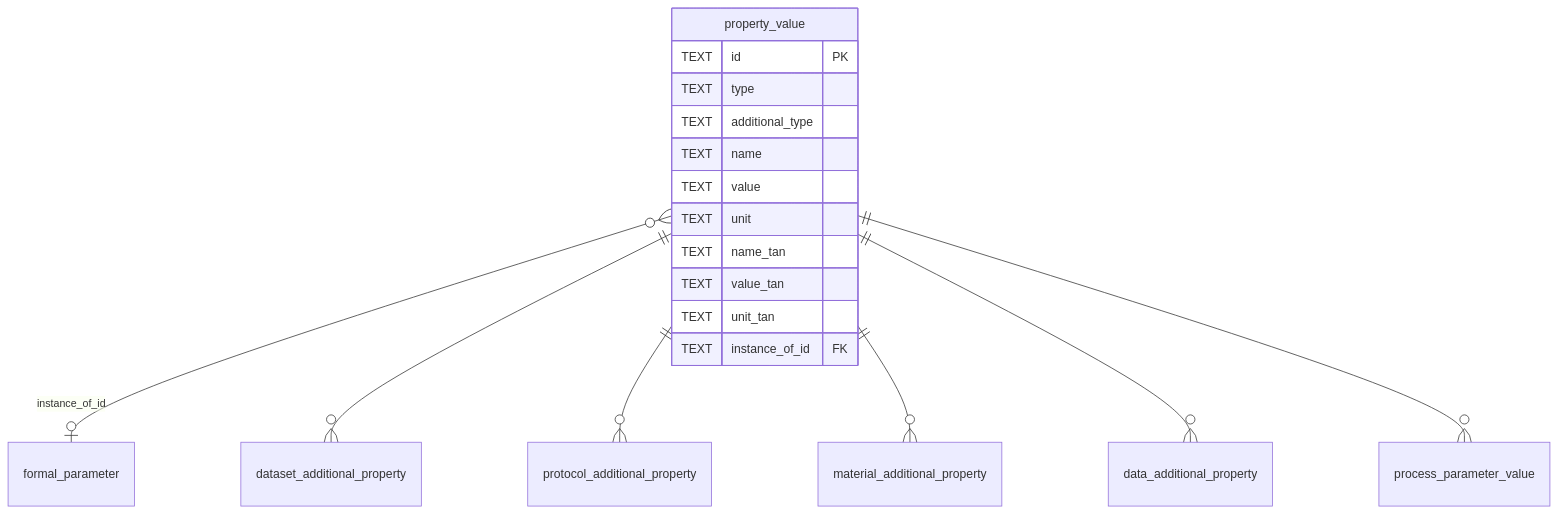
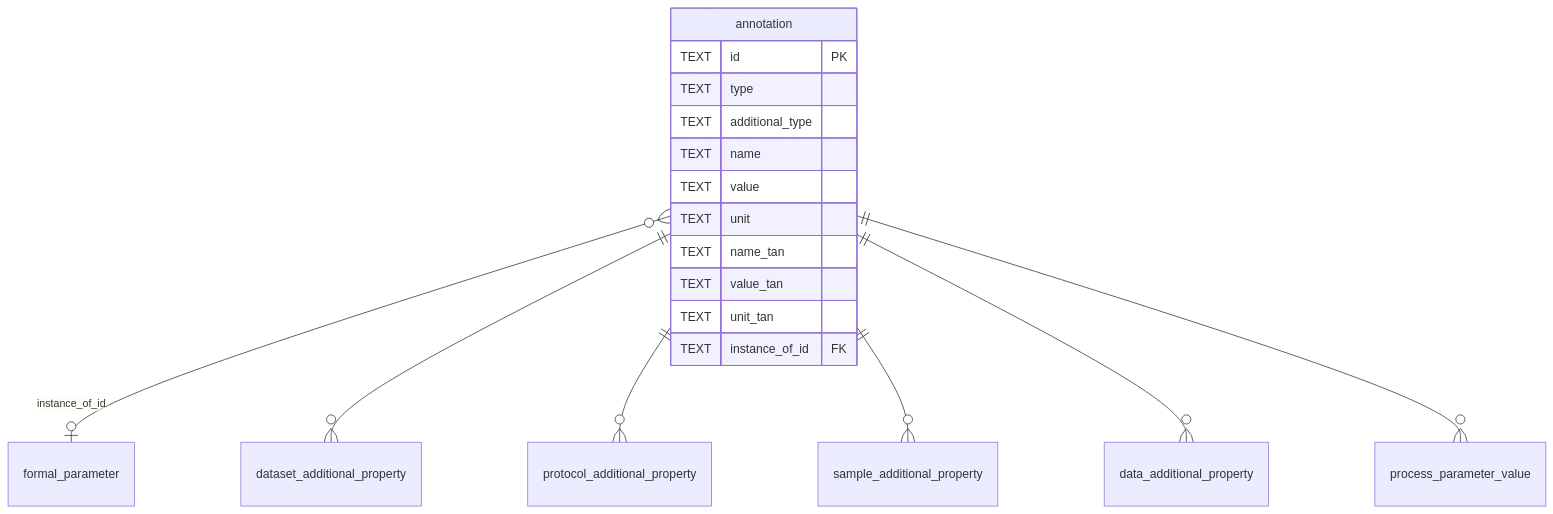
Before and after one commit to HLWeil/ProcessCore: the ninth of 18 diagrams in schemas/sql/design.md, drawn with Mermaid. The commit also changed other lines of this file and 134 other files, not shown here.

````diff
--- a/schemas/sql/design.md
+++ b/schemas/sql/design.md
@@ -294,21 +294,21 @@
 ```mermaid
 erDiagram
-    property_value {
+    annotation {
         TEXT id PK
         TEXT type
         TEXT additional_type
         TEXT name
         TEXT value
         TEXT unit
         TEXT name_tan
         TEXT value_tan
         TEXT unit_tan
         TEXT instance_of_id FK
     }
-    property_value }o--o| formal_parameter : "instance_of_id"
-    property_value ||--o{ dataset_additional_property : ""
-    property_value ||--o{ protocol_additional_property : ""
-    property_value ||--o{ material_additional_property : ""
-    property_value ||--o{ data_additional_property : ""
-    property_value ||--o{ process_parameter_value : ""
+    annotation }o--o| formal_parameter : "instance_of_id"
+    annotation ||--o{ dataset_additional_property : ""
+    annotation ||--o{ protocol_additional_property : ""
+    annotation ||--o{ sample_additional_property : ""
+    annotation ||--o{ data_additional_property : ""
+    annotation ||--o{ process_parameter_value : ""
 ```
````
